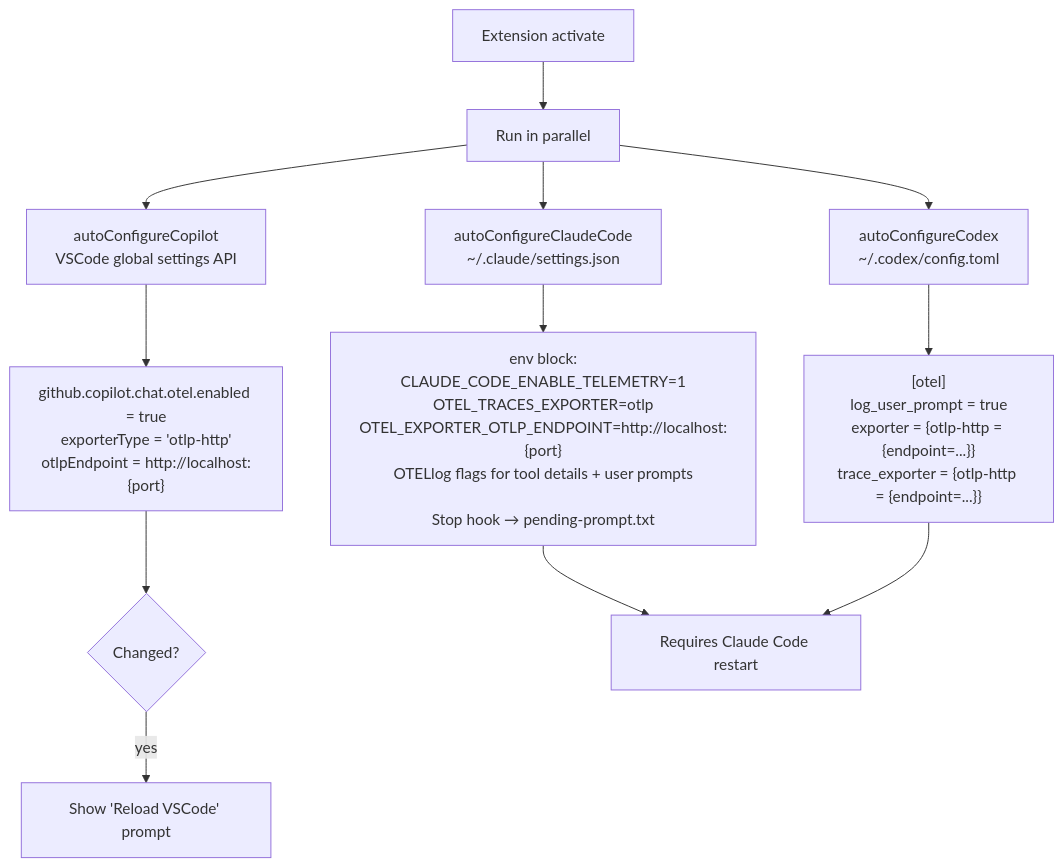
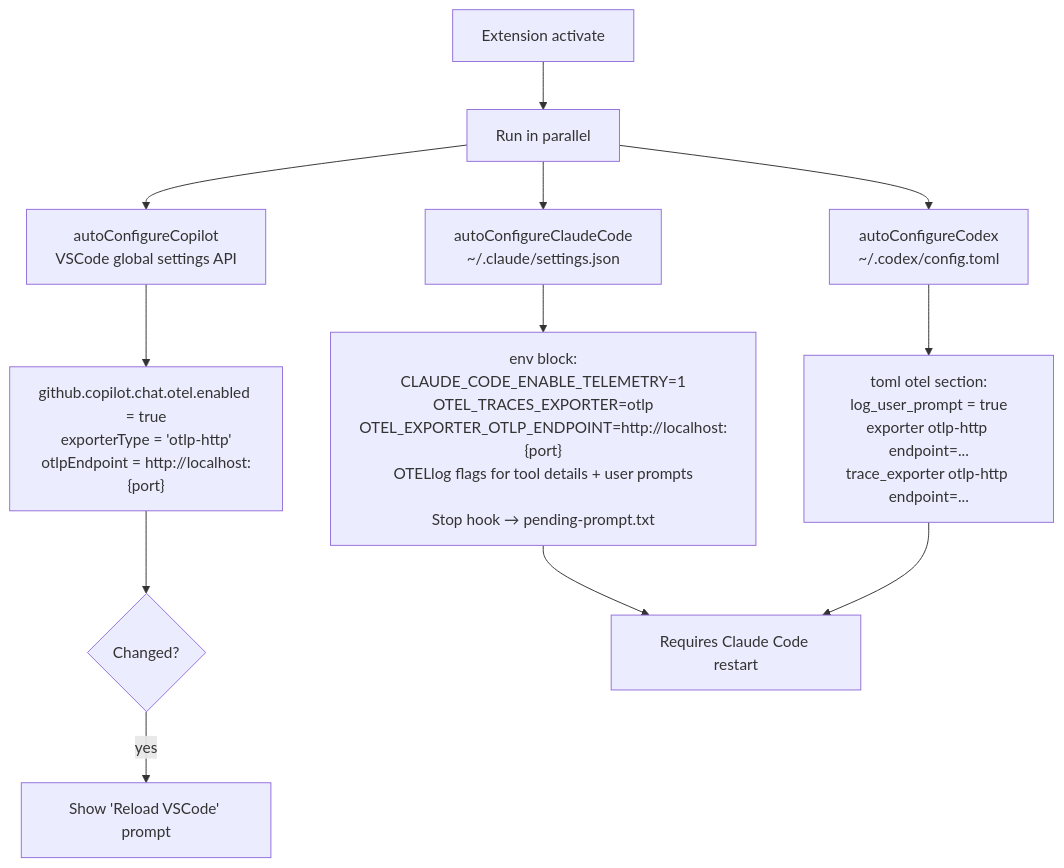
Diagram 16 of 18 in ARCHITECTURE.md (RogerReed/agentlens), drawn with Mermaid before and after one commit. The commit also changed other lines of this file, not shown here.

Commit message:
docs: fix Mermaid rendering issues in ARCHITECTURE.md

````diff
--- a/ARCHITECTURE.md
+++ b/ARCHITECTURE.md
@@ -667,19 +667,19 @@
 ```mermaid
 flowchart TD
     ACT[Extension activate] --> PAR[Run in parallel]
 
     PAR --> CP_CFG[autoConfigureCopilot<br/>VSCode global settings API]
     PAR --> CC_CFG[autoConfigureClaudeCode<br/>~/.claude/settings.json]
     PAR --> CX_CFG[autoConfigureCodex<br/>~/.codex/config.toml]
 
     CP_CFG --> CP_KEYS["github.copilot.chat.otel.enabled = true<br/>exporterType = 'otlp-http'<br/>otlpEndpoint = http://localhost:{port}"]
     CP_KEYS --> CP_OUT{Changed?}
     CP_OUT -- yes --> RELOAD[Show 'Reload VSCode' prompt]
 
     CC_CFG --> CC_KEYS["env block:<br/>CLAUDE_CODE_ENABLE_TELEMETRY=1<br/>OTEL_TRACES_EXPORTER=otlp<br/>OTEL_EXPORTER_OTLP_ENDPOINT=http://localhost:{port}<br/>OTELlog flags for tool details + user prompts<br/><br/>Stop hook → pending-prompt.txt"]
 
-    CX_CFG --> CX_KEYS["[otel]<br/>log_user_prompt = true<br/>exporter = {otlp-http = {endpoint=...}}<br/>trace_exporter = {otlp-http = {endpoint=...}}"]
+    CX_CFG --> CX_KEYS["toml otel section:<br/>log_user_prompt = true<br/>exporter otlp-http endpoint=...<br/>trace_exporter otlp-http endpoint=..."]
 
     CC_KEYS --> RESTART[Requires Claude Code restart]
     CX_KEYS --> RESTART
 ```
````
